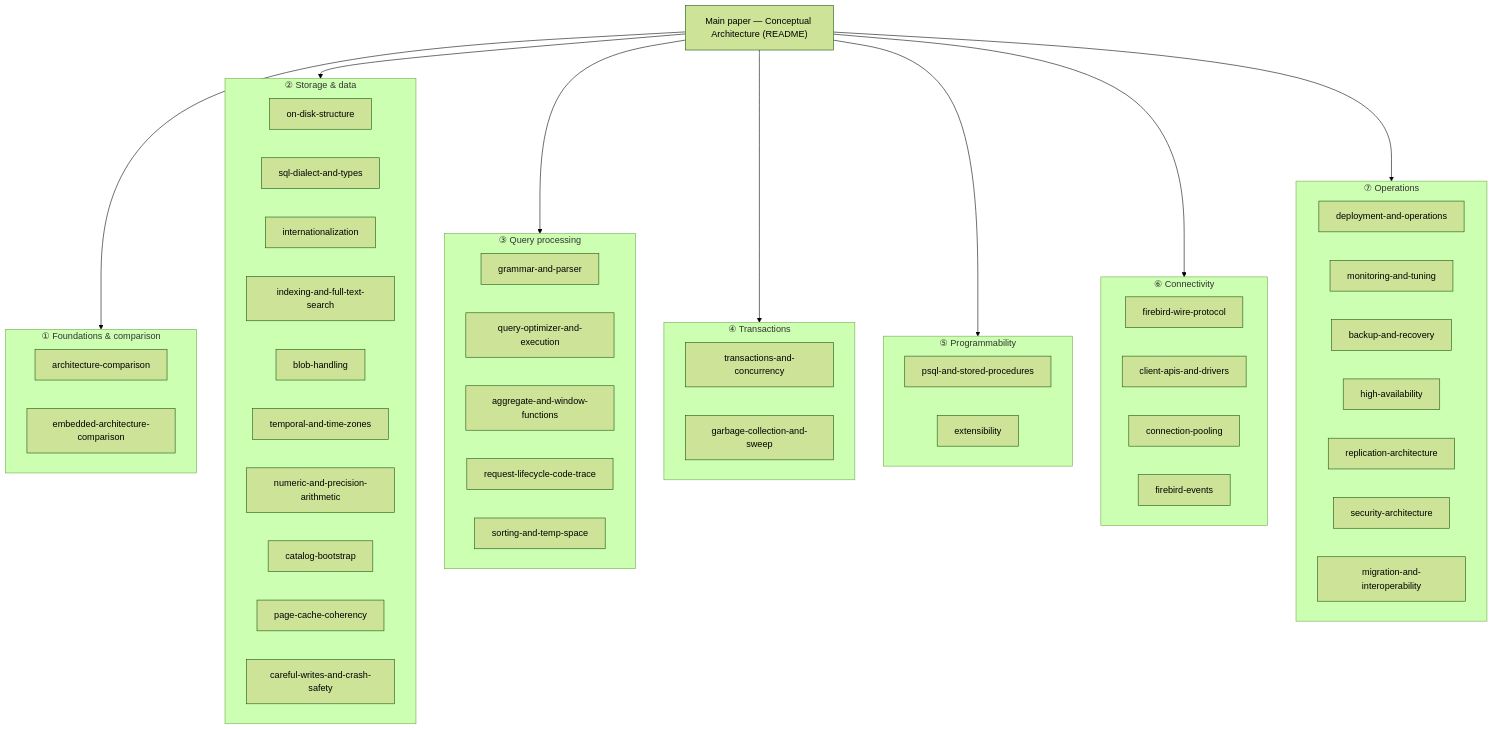
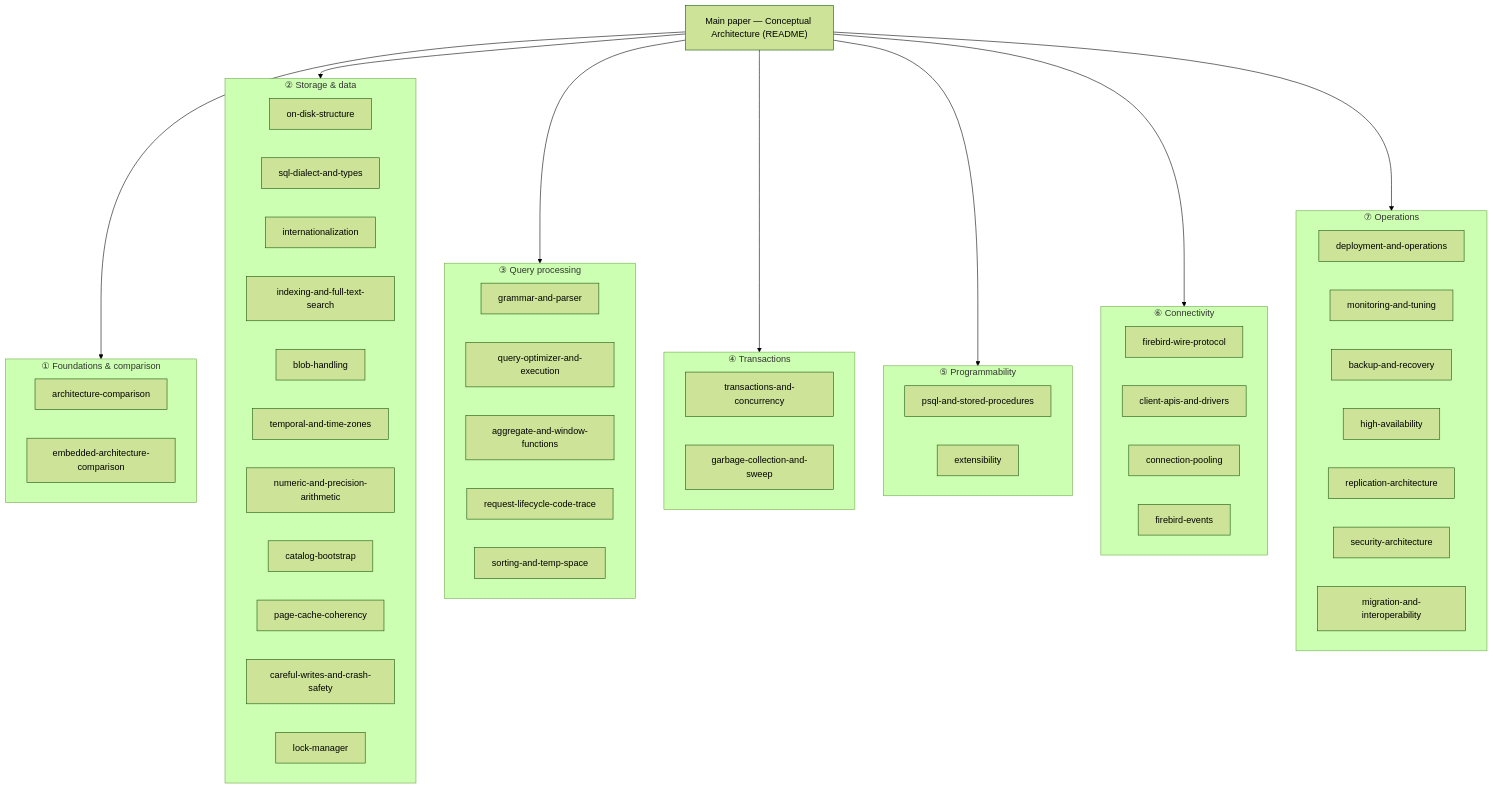
Before and after one commit to mariuz/conceptual-architecture-for-firebird-paper: the diagram in READING-GUIDE.md, drawn with Mermaid (forest theme). The commit also changed other lines of this file and 3 other files, not shown here.

First line of the commit message:
Add lock manager document — the shared-memory DLM and its protocol

````diff
--- a/READING-GUIDE.md
+++ b/READING-GUIDE.md
@@ -9,53 +9,54 @@
 ```mermaid
 flowchart TB
     PAPER["Main paper — Conceptual Architecture (README)"]
 
     PAPER --> T1 & T2 & T3 & T4 & T5 & T6 & T7
 
     subgraph T1["① Foundations & comparison"]
         A1["architecture-comparison"]
         A2["embedded-architecture-comparison"]
     end
     subgraph T2["② Storage & data"]
         B1["on-disk-structure"]
         B2["sql-dialect-and-types"]
         B3["internationalization"]
         B4["indexing-and-full-text-search"]
         B5["blob-handling"]
         B6["temporal-and-time-zones"]
         B7["numeric-and-precision-arithmetic"]
         B8["catalog-bootstrap"]
         B9["page-cache-coherency"]
         B10["careful-writes-and-crash-safety"]
+        B11["lock-manager"]
     end
     subgraph T3["③ Query processing"]
         C1["grammar-and-parser"]
         C2["query-optimizer-and-execution"]
         C3["aggregate-and-window-functions"]
         C4["request-lifecycle-code-trace"]
         C5["sorting-and-temp-space"]
     end
     subgraph T4["④ Transactions"]
         D1["transactions-and-concurrency"]
         D2["garbage-collection-and-sweep"]
     end
     subgraph T5["⑤ Programmability"]
         E1["psql-and-stored-procedures"]
         E2["extensibility"]
     end
     subgraph T6["⑥ Connectivity"]
         F1["firebird-wire-protocol"]
         F2["client-apis-and-drivers"]
         F3["connection-pooling"]
         F4["firebird-events"]
     end
     subgraph T7["⑦ Operations"]
         G1["deployment-and-operations"]
         G2["monitoring-and-tuning"]
         G3["backup-and-recovery"]
         G4["high-availability"]
         G5["replication-architecture"]
         G6["security-architecture"]
         G7["migration-and-interoperability"]
     end
 ```
````
